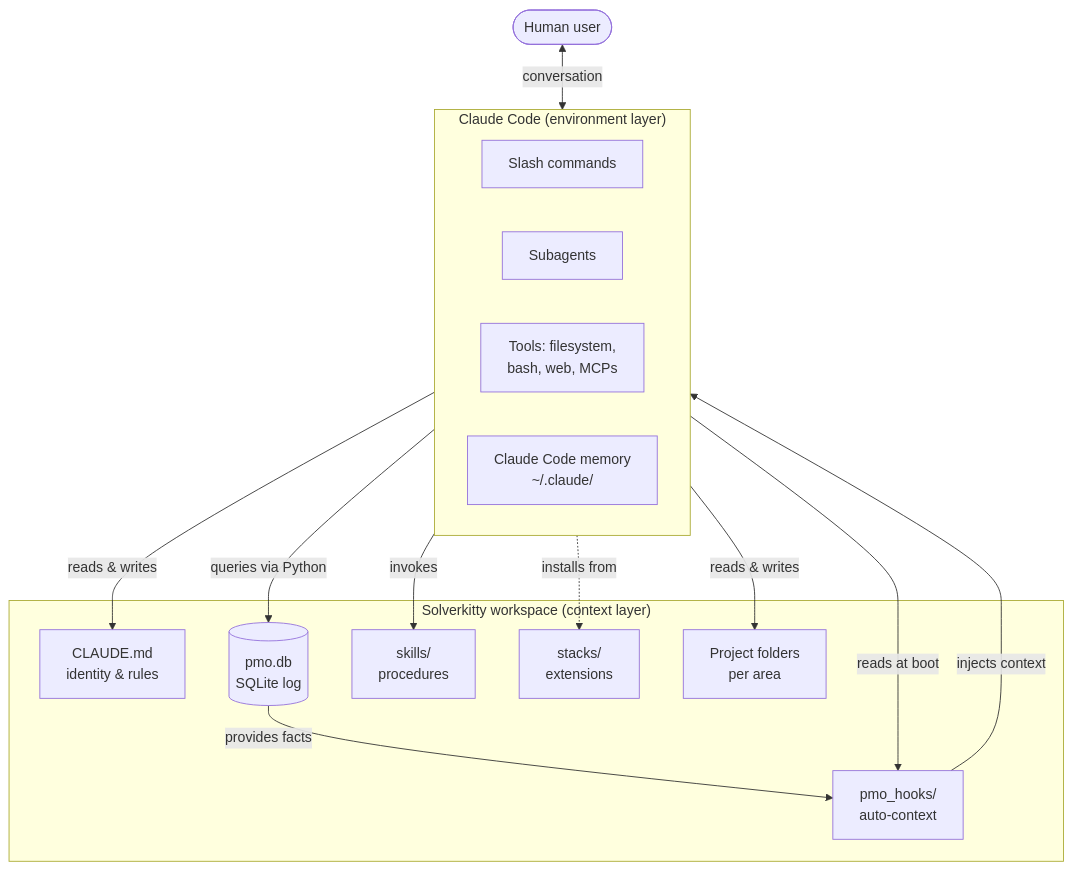
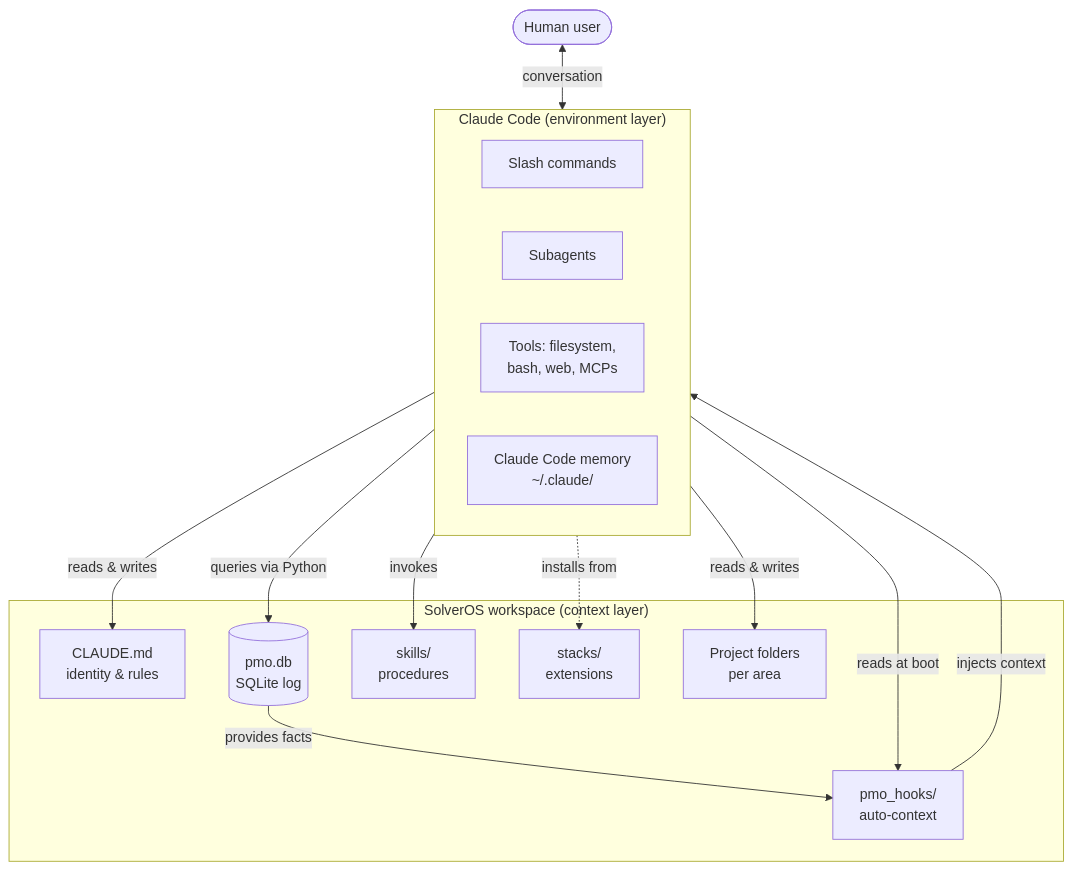
Before and after one commit to fernando-solver/solveros: the diagram in docs/ARCHITECTURE.md, drawn with Mermaid. The commit also changed other lines of this file and 32 other files, not shown here.

First line of the commit message:
rebrand: Solverkitty -> SolverOS

````diff
--- a/docs/ARCHITECTURE.md
+++ b/docs/ARCHITECTURE.md
@@ -9,31 +9,31 @@
 ```mermaid
 flowchart TB
     User([Human user])
 
     subgraph ClaudeCode["Claude Code (environment layer)"]
         Slash[Slash commands]
         Subagents[Subagents]
         Tools[Tools: filesystem,<br/>bash, web, MCPs]
         ClaudeMem[Claude Code memory<br/>~/.claude/]
     end
 
-    subgraph Solverkitty["Solverkitty workspace (context layer)"]
+    subgraph SolverOS["SolverOS workspace (context layer)"]
         CLAUDEmd[CLAUDE.md<br/>identity & rules]
         DB[(pmo.db<br/>SQLite log)]
         Skills[skills/<br/>procedures]
         Stacks[stacks/<br/>extensions]
         Hooks[pmo_hooks/<br/>auto-context]
         ProjectFolders[Project folders<br/>per area]
     end
 
     User <-->|conversation| ClaudeCode
     ClaudeCode -->|reads at boot| Hooks
     ClaudeCode -->|reads & writes| CLAUDEmd
     ClaudeCode -->|reads & writes| ProjectFolders
     ClaudeCode -->|queries via Python| DB
     ClaudeCode -->|invokes| Skills
     ClaudeCode -.->|installs from| Stacks
 
     Hooks -->|injects context| ClaudeCode
     DB -->|provides facts| Hooks
 ```
````
